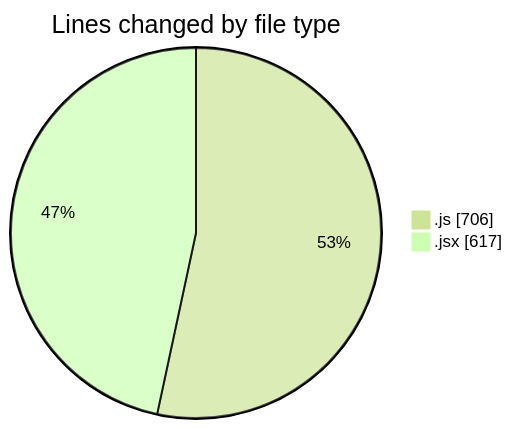
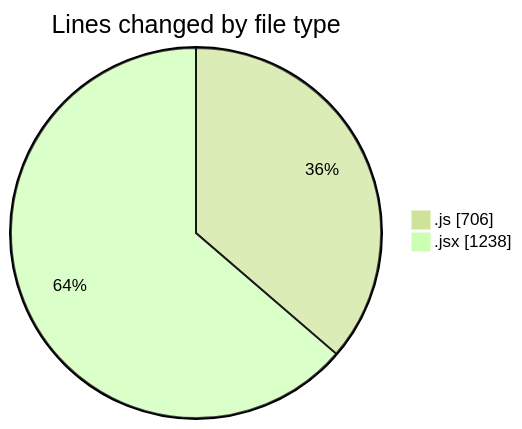
One commit to nxtqubesakshisongat/code-tracking changed the first of 2 diagrams in 2025-05-31/nxtqube_webapp/README.md. Above: the diagram before and after it, drawn with Mermaid (forest theme). The commit also changed other lines of this file and 1 other file, not shown here.

````diff
--- a/2025-05-31/nxtqube_webapp/README.md
+++ b/2025-05-31/nxtqube_webapp/README.md
@@ -26,6 +27,6 @@
 ```mermaid
 pie showData
 title Lines changed by file type
 ".js" : 706
-".jsx" : 617
+".jsx" : 1238
 ```
````
